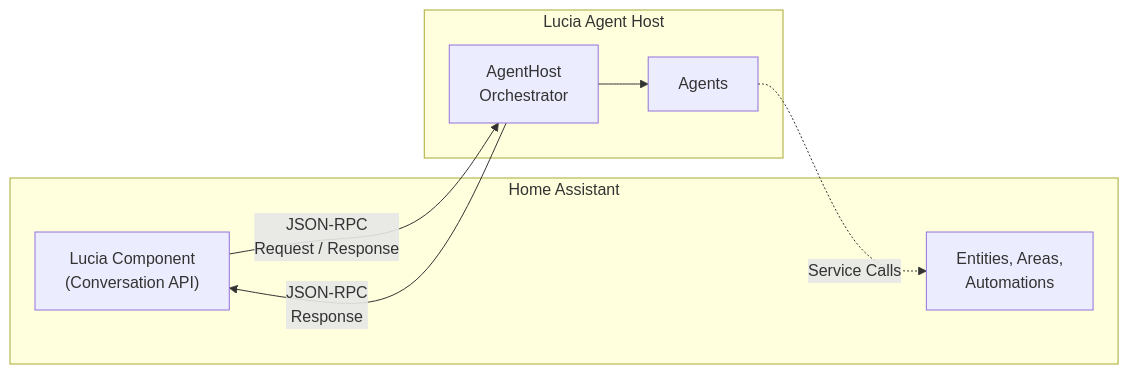
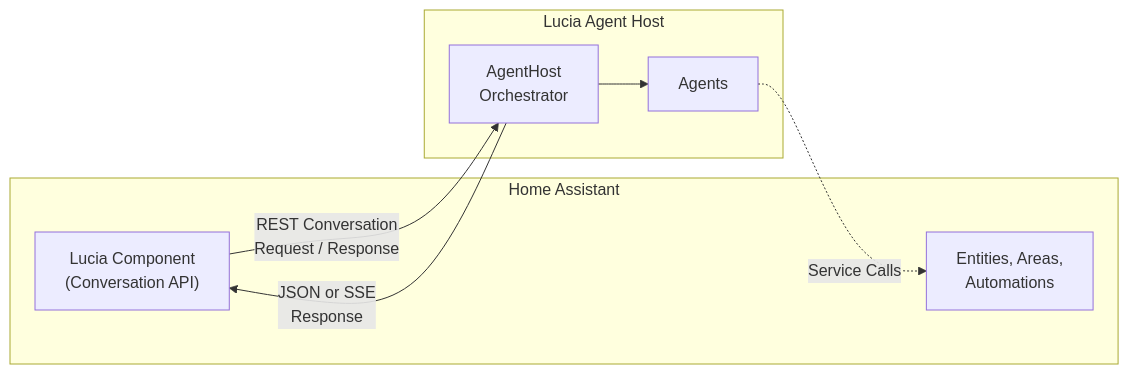
The diagram in docs/home-assistant/overview.md (seiggy/lucia.ai), drawn with Mermaid before and after one commit. The commit also changed other lines of this file and 87 other files, not shown here.

````diff
--- a/docs/home-assistant/overview.md
+++ b/docs/home-assistant/overview.md
@@ -14,17 +14,17 @@
 ```mermaid
 graph LR
     subgraph HA["Home Assistant"]
         LC["Lucia Component<br/>(Conversation API)"]
         HAData["Entities, Areas,<br/>Automations"]
     end
 
     subgraph Lucia["Lucia Agent Host"]
         Orch["AgentHost<br/>Orchestrator"]
         Agents["Agents"]
         Orch --> Agents
     end
 
-    LC -- "JSON-RPC<br/>Request / Response" --> Orch
-    Orch -- "JSON-RPC<br/>Response" --> LC
+    LC -- "REST Conversation<br/>Request / Response" --> Orch
+    Orch -- "JSON or SSE<br/>Response" --> LC
     Agents -. "Service Calls" .-> HAData
 ```
````
